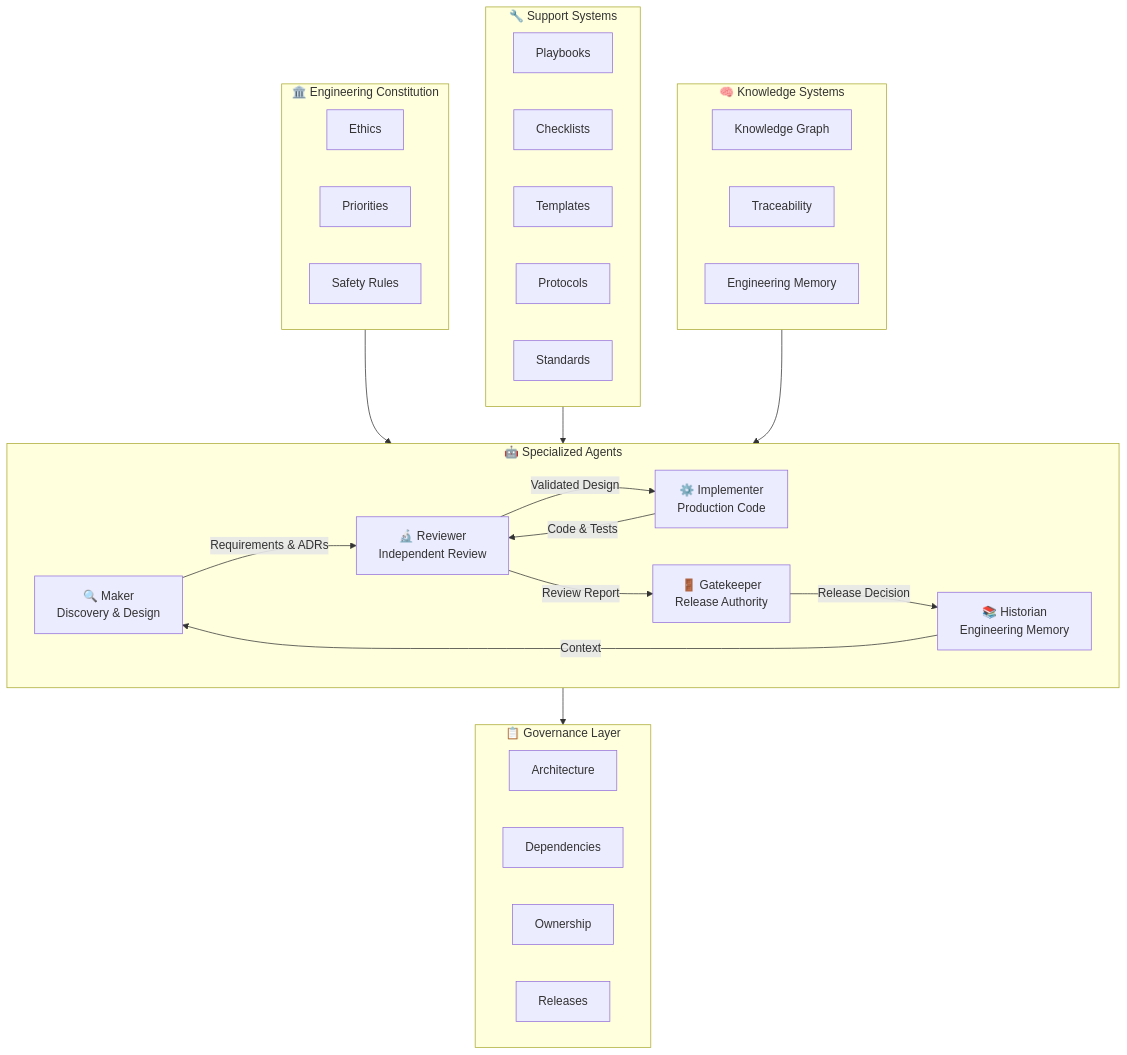
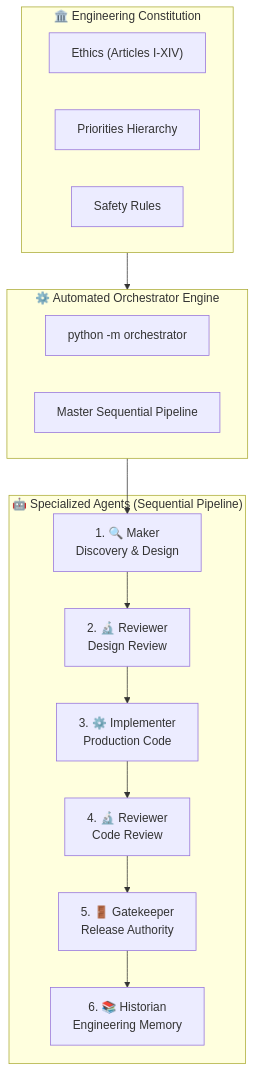
Before and after one commit to paril-01/PolyFlow: the first of 2 diagrams in README.md, drawn with Mermaid. The commit also changed other lines of this file and 8 other files, not shown here.

Commit message:
feat: add executable orchestrator engine & master end-to-end pipeline protocol

````diff
--- a/README.md
+++ b/README.md
@@ -57,49 +57,30 @@
 ```mermaid
 graph TB
     subgraph Constitution["🏛️ Engineering Constitution"]
-        Ethics["Ethics"]
-        Priorities["Priorities"]
+        Ethics["Ethics (Articles I-XIV)"]
+        Priorities["Priorities Hierarchy"]
         Safety["Safety Rules"]
     end
 
-    subgraph Agents["🤖 Specialized Agents"]
-        Maker["🔍 Maker<br/>Discovery & Design"]
-        Reviewer["🔬 Reviewer<br/>Independent Review"]
-        Implementer["⚙️ Implementer<br/>Production Code"]
-        Gatekeeper["🚪 Gatekeeper<br/>Release Authority"]
-        Historian["📚 Historian<br/>Engineering Memory"]
+    subgraph Orchestrator["⚙️ Automated Orchestrator Engine"]
+        Runner["python -m orchestrator"]
+        Pipeline["Master Sequential Pipeline"]
     end
 
-    subgraph Governance["📋 Governance Layer"]
-        Architecture["Architecture"]
-        Dependencies["Dependencies"]
-        Ownership["Ownership"]
-        Releases["Releases"]
+    subgraph Agents["🤖 Specialized Agents (Sequential Pipeline)"]
+        Maker["1. 🔍 Maker<br/>Discovery & Design"]
+        ReviewerD["2. 🔬 Reviewer<br/>Design Review"]
+        Implementer["3. ⚙️ Implementer<br/>Production Code"]
+        ReviewerC["4. 🔬 Reviewer<br/>Code Review"]
+        Gatekeeper["5. 🚪 Gatekeeper<br/>Release Authority"]
+        Historian["6. 📚 Historian<br/>Engineering Memory"]
     end
 
-    subgraph Support["🔧 Support Systems"]
-        Playbooks["Playbooks"]
-        Checklists["Checklists"]
-        Templates["Templates"]
-        Protocols["Protocols"]
-        Standards["Standards"]
-    end
-
-    subgraph Memory["🧠 Knowledge Systems"]
-        KnowledgeGraph["Knowledge Graph"]
-        Traceability["Traceability"]
-        EngMemory["Engineering Memory"]
-    end
-
-    Constitution --> Agents
-    Agents --> Governance
-    Support --> Agents
-    Memory --> Agents
-
-    Maker -->|"Requirements & ADRs"| Reviewer
-    Reviewer -->|"Validated Design"| Implementer
-    Implementer -->|"Code & Tests"| Reviewer
-    Reviewer -->|"Review Report"| Gatekeeper
-    Gatekeeper -->|"Release Decision"| Historian
-    Historian -->|"Context"| Maker
+    Constitution --> Orchestrator
+    Orchestrator --> Maker
+    Maker --> ReviewerD
+    ReviewerD --> Implementer
+    Implementer --> ReviewerC
+    ReviewerC --> Gatekeeper
+    Gatekeeper --> Historian
 ```
````
